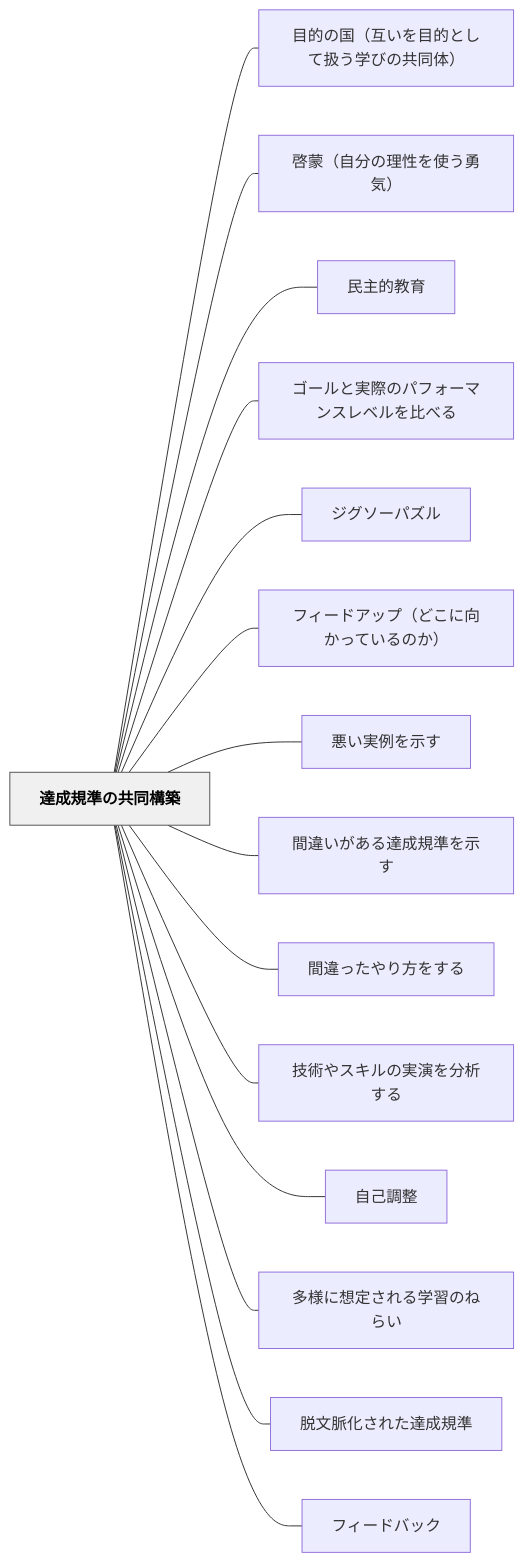
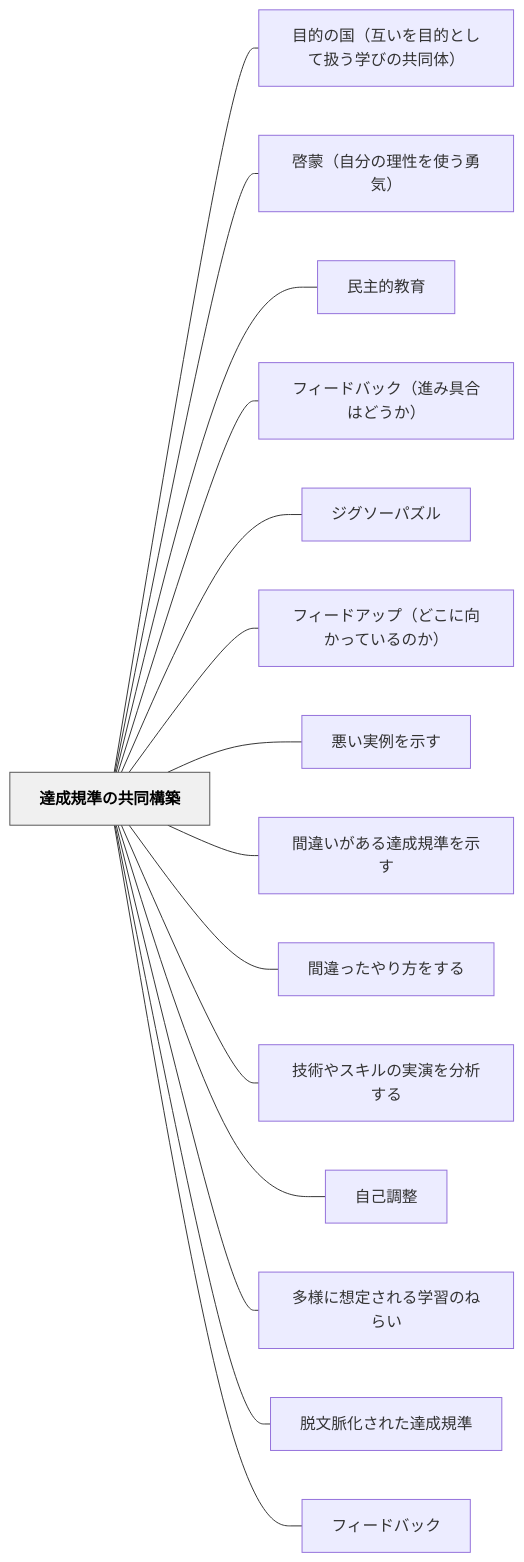
Before and after one commit to unknownthings-ed-patterns/unknownthings-ed-patterns: the diagram in content/パタン/達成規準の共同構築.md, drawn with Mermaid. The commit also changed other lines of this file and 5 other files, not shown here.

````diff
--- a/content/パタン/達成規準の共同構築.md
+++ b/content/パタン/達成規準の共同構築.md
@@ -68,36 +68,36 @@
 ```mermaid
 flowchart LR
     ne98194e68890e8a68fe6ba96e381aee585b1e5908ce6a78be7af89["達成規準の共同構築"]
     ne79baee79a84e381aee59bbdefbc88e4ba92e38184e38292e79baee79a84e381a8e38197e381a6e689b1e38186e5ada6e381b3e381aee585b1e5908ce4bd93efbc89["目的の国（互いを目的として扱う学びの共同体）"]
     ne59593e89299efbc88e887aae58886e381aee79086e680a7e38292e4bdbfe38186e58b87e6b097efbc89["啓蒙（自分の理性を使う勇気）"]
     ne6b091e4b8bbe79a84e69599e882b2["民主的教育"]
-    ne382b4e383bce383abe381a8e5ae9fe99a9be381aee38391e38395e382a9e383bce3839ee383b3e382b9e383ace38399e383abe38292e6af94e381b9e3828b["ゴールと実際のパフォーマンスレベルを比べる"]
+    ne38395e382a3e383bce38389e38390e38383e382afefbc88e980b2e381bfe585b7e59088e381afe381a9e38186e3818befbc89["フィードバック（進み具合はどうか）"]
     ne382b8e382b0e382bde383bce38391e382bae383ab["ジグソーパズル"]
     ne38395e382a3e383bce38389e382a2e38383e38397efbc88e381a9e38193e381abe59091e3818be381a3e381a6e38184e3828be381aee3818befbc89["フィードアップ（どこに向かっているのか）"]
     ne682aae38184e5ae9fe4be8be38292e7a4bae38199["悪い実例を示す"]
     ne99693e98195e38184e3818ce38182e3828be98194e68890e8a68fe6ba96e38292e7a4bae38199["間違いがある達成規準を示す"]
     ne99693e98195e381a3e3819fe38284e3828ae696b9e38292e38199e3828b["間違ったやり方をする"]
     ne68a80e8a193e38284e382b9e382ade383abe381aee5ae9fe6bc94e38292e58886e69e90e38199e3828b["技術やスキルの実演を分析する"]
     ne887aae5b7b1e8aabfe695b4["自己調整"]
     ne5a49ae6a798e381abe683b3e5ae9ae38195e3828ce3828be5ada6e7bf92e381aee381ade38289e38184["多様に想定される学習のねらい"]
     ne884b1e69687e88488e58c96e38195e3828ce3819fe98194e68890e8a68fe6ba96["脱文脈化された達成規準"]
     ne38395e382a3e383bce38389e38390e38383e382af["フィードバック"]
 
     ne98194e68890e8a68fe6ba96e381aee585b1e5908ce6a78be7af89 --- ne79baee79a84e381aee59bbdefbc88e4ba92e38184e38292e79baee79a84e381a8e38197e381a6e689b1e38186e5ada6e381b3e381aee585b1e5908ce4bd93efbc89
     ne98194e68890e8a68fe6ba96e381aee585b1e5908ce6a78be7af89 --- ne59593e89299efbc88e887aae58886e381aee79086e680a7e38292e4bdbfe38186e58b87e6b097efbc89
     ne98194e68890e8a68fe6ba96e381aee585b1e5908ce6a78be7af89 --- ne6b091e4b8bbe79a84e69599e882b2
-    ne98194e68890e8a68fe6ba96e381aee585b1e5908ce6a78be7af89 --- ne382b4e383bce383abe381a8e5ae9fe99a9be381aee38391e38395e382a9e383bce3839ee383b3e382b9e383ace38399e383abe38292e6af94e381b9e3828b
+    ne98194e68890e8a68fe6ba96e381aee585b1e5908ce6a78be7af89 --- ne38395e382a3e383bce38389e38390e38383e382afefbc88e980b2e381bfe585b7e59088e381afe381a9e38186e3818befbc89
     ne98194e68890e8a68fe6ba96e381aee585b1e5908ce6a78be7af89 --- ne382b8e382b0e382bde383bce38391e382bae383ab
     ne98194e68890e8a68fe6ba96e381aee585b1e5908ce6a78be7af89 --- ne38395e382a3e383bce38389e382a2e38383e38397efbc88e381a9e38193e381abe59091e3818be381a3e381a6e38184e3828be381aee3818befbc89
     ne98194e68890e8a68fe6ba96e381aee585b1e5908ce6a78be7af89 --- ne682aae38184e5ae9fe4be8be38292e7a4bae38199
     ne98194e68890e8a68fe6ba96e381aee585b1e5908ce6a78be7af89 --- ne99693e98195e38184e3818ce38182e3828be98194e68890e8a68fe6ba96e38292e7a4bae38199
     ne98194e68890e8a68fe6ba96e381aee585b1e5908ce6a78be7af89 --- ne99693e98195e381a3e3819fe38284e3828ae696b9e38292e38199e3828b
     ne98194e68890e8a68fe6ba96e381aee585b1e5908ce6a78be7af89 --- ne68a80e8a193e38284e382b9e382ade383abe381aee5ae9fe6bc94e38292e58886e69e90e38199e3828b
     ne98194e68890e8a68fe6ba96e381aee585b1e5908ce6a78be7af89 --- ne887aae5b7b1e8aabfe695b4
     ne98194e68890e8a68fe6ba96e381aee585b1e5908ce6a78be7af89 --- ne5a49ae6a798e381abe683b3e5ae9ae38195e3828ce3828be5ada6e7bf92e381aee381ade38289e38184
     ne98194e68890e8a68fe6ba96e381aee585b1e5908ce6a78be7af89 --- ne884b1e69687e88488e58c96e38195e3828ce3819fe98194e68890e8a68fe6ba96
     ne98194e68890e8a68fe6ba96e381aee585b1e5908ce6a78be7af89 --- ne38395e382a3e383bce38389e38390e38383e382af
 
     classDef hub fill:#f0f0f0,stroke:#555,color:#000,font-weight:bold
     class ne98194e68890e8a68fe6ba96e381aee585b1e5908ce6a78be7af89 hub
 ```
````
